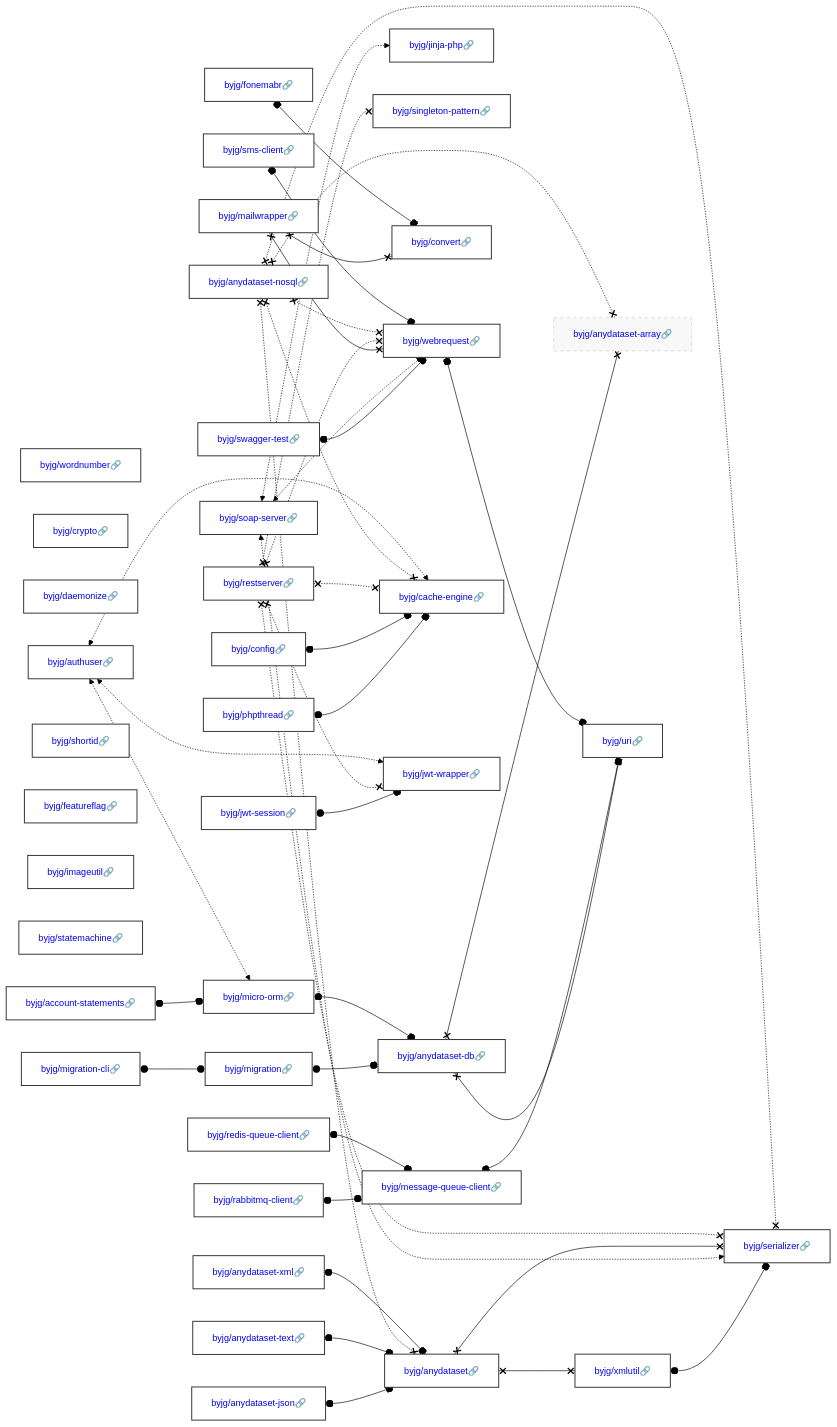
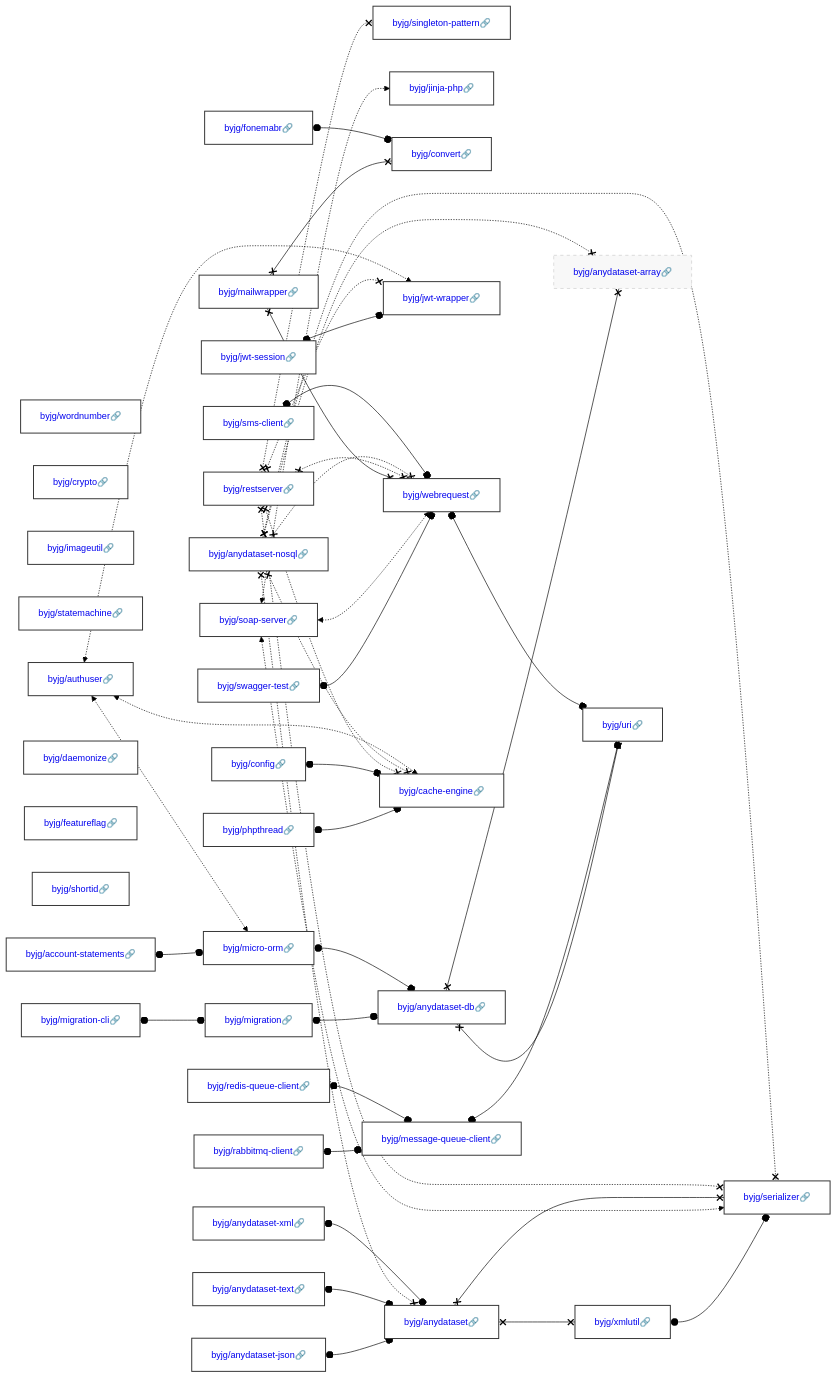
The diagram in docs/php/README.md (byjg/byjg.github.io), drawn with Mermaid (forest theme) before and after one commit. The commit also changed other lines of this file and 2 other files, not shown here.

Commit message:
Update documentation 'php' 'php-uri'

````diff
--- a/docs/php/README.md
+++ b/docs/php/README.md
@@ -3,40 +3,40 @@
 ```mermaid
 graph LR;
-  byjg/redis-queue-client[<a href='https://opensource.byjg.com/docs/php/redis-queue-client' style='text-decoration:none'>byjg/redis-queue-client🔗</a>];
-  byjg/fonemabr[<a href='https://opensource.byjg.com/docs/php/fonemabr' style='text-decoration:none'>byjg/fonemabr🔗</a>];
-  byjg/rabbitmq-client[<a href='https://opensource.byjg.com/docs/php/rabbitmq-client' style='text-decoration:none'>byjg/rabbitmq-client🔗</a>];
-  byjg/soap-server[<a href='https://opensource.byjg.com/docs/php/soap-server' style='text-decoration:none'>byjg/soap-server🔗</a>];
-  byjg/anydataset-xml[<a href='https://opensource.byjg.com/docs/php/anydataset-xml' style='text-decoration:none'>byjg/anydataset-xml🔗</a>];
-  byjg/phpthread[<a href='https://opensource.byjg.com/docs/php/phpthread' style='text-decoration:none'>byjg/phpthread🔗</a>];
   byjg/wordnumber[<a href='https://opensource.byjg.com/docs/php/wordnumber' style='text-decoration:none'>byjg/wordnumber🔗</a>];
-  byjg/crypto[<a href='https://opensource.byjg.com/docs/php/crypto' style='text-decoration:none'>byjg/crypto🔗</a>];
   byjg/restserver[<a href='https://opensource.byjg.com/docs/php/restserver' style='text-decoration:none'>byjg/restserver🔗</a>];
   byjg/anydataset-nosql[<a href='https://opensource.byjg.com/docs/php/anydataset-nosql' style='text-decoration:none'>byjg/anydataset-nosql🔗</a>];
   byjg/anydataset-json[<a href='https://opensource.byjg.com/docs/php/anydataset-json' style='text-decoration:none'>byjg/anydataset-json🔗</a>];
+  byjg/crypto[<a href='https://opensource.byjg.com/docs/php/crypto' style='text-decoration:none'>byjg/crypto🔗</a>];
+  byjg/anydataset-text[<a href='https://opensource.byjg.com/docs/php/anydataset-text' style='text-decoration:none'>byjg/anydataset-text🔗</a>];
+  byjg/imageutil[<a href='https://opensource.byjg.com/docs/php/imageutil' style='text-decoration:none'>byjg/imageutil🔗</a>];
+  byjg/sms-client[<a href='https://opensource.byjg.com/docs/php/sms-client' style='text-decoration:none'>byjg/sms-client🔗</a>];
+  byjg/soap-server[<a href='https://opensource.byjg.com/docs/php/soap-server' style='text-decoration:none'>byjg/soap-server🔗</a>];
+  byjg/fonemabr[<a href='https://opensource.byjg.com/docs/php/fonemabr' style='text-decoration:none'>byjg/fonemabr🔗</a>];
+  byjg/statemachine[<a href='https://opensource.byjg.com/docs/php/statemachine' style='text-decoration:none'>byjg/statemachine🔗</a>];
+  byjg/account-statements[<a href='https://opensource.byjg.com/docs/php/account-statements' style='text-decoration:none'>byjg/account-statements🔗</a>];
+  byjg/mailwrapper[<a href='https://opensource.byjg.com/docs/php/mailwrapper' style='text-decoration:none'>byjg/mailwrapper🔗</a>];
+  byjg/phpthread[<a href='https://opensource.byjg.com/docs/php/phpthread' style='text-decoration:none'>byjg/phpthread🔗</a>];
   byjg/daemonize[<a href='https://opensource.byjg.com/docs/php/daemonize' style='text-decoration:none'>byjg/daemonize🔗</a>];
-  byjg/jwt-session[<a href='https://opensource.byjg.com/docs/php/jwt-session' style='text-decoration:none'>byjg/jwt-session🔗</a>];
-  byjg/migration-cli[<a href='https://opensource.byjg.com/docs/php/migration-cli' style='text-decoration:none'>byjg/migration-cli🔗</a>];
+  byjg/featureflag[<a href='https://opensource.byjg.com/docs/php/featureflag' style='text-decoration:none'>byjg/featureflag🔗</a>];
   byjg/swagger-test[<a href='https://opensource.byjg.com/docs/php/swagger-test' style='text-decoration:none'>byjg/swagger-test🔗</a>];
   byjg/shortid[<a href='https://opensource.byjg.com/docs/php/shortid' style='text-decoration:none'>byjg/shortid🔗</a>];
-  byjg/featureflag[<a href='https://opensource.byjg.com/docs/php/featureflag' style='text-decoration:none'>byjg/featureflag🔗</a>];
-  byjg/sms-client[<a href='https://opensource.byjg.com/docs/php/sms-client' style='text-decoration:none'>byjg/sms-client🔗</a>];
-  byjg/imageutil[<a href='https://opensource.byjg.com/docs/php/imageutil' style='text-decoration:none'>byjg/imageutil🔗</a>];
-  byjg/anydataset-text[<a href='https://opensource.byjg.com/docs/php/anydataset-text' style='text-decoration:none'>byjg/anydataset-text🔗</a>];
-  byjg/statemachine[<a href='https://opensource.byjg.com/docs/php/statemachine' style='text-decoration:none'>byjg/statemachine🔗</a>];
+  byjg/migration-cli[<a href='https://opensource.byjg.com/docs/php/migration-cli' style='text-decoration:none'>byjg/migration-cli🔗</a>];
+  byjg/rabbitmq-client[<a href='https://opensource.byjg.com/docs/php/rabbitmq-client' style='text-decoration:none'>byjg/rabbitmq-client🔗</a>];
+  byjg/anydataset-xml[<a href='https://opensource.byjg.com/docs/php/anydataset-xml' style='text-decoration:none'>byjg/anydataset-xml🔗</a>];
+  byjg/authuser[<a href='https://opensource.byjg.com/docs/php/authuser' style='text-decoration:none'>byjg/authuser🔗</a>];
+  byjg/jwt-session[<a href='https://opensource.byjg.com/docs/php/jwt-session' style='text-decoration:none'>byjg/jwt-session🔗</a>];
+  byjg/redis-queue-client[<a href='https://opensource.byjg.com/docs/php/redis-queue-client' style='text-decoration:none'>byjg/redis-queue-client🔗</a>];
   byjg/config[<a href='https://opensource.byjg.com/docs/php/config' style='text-decoration:none'>byjg/config🔗</a>];
-  byjg/account-statements[<a href='https://opensource.byjg.com/docs/php/account-statements' style='text-decoration:none'>byjg/account-statements🔗</a>];
-  byjg/mailwrapper[<a href='https://opensource.byjg.com/docs/php/mailwrapper' style='text-decoration:none'>byjg/mailwrapper🔗</a>];
-  byjg/authuser[<a href='https://opensource.byjg.com/docs/php/authuser' style='text-decoration:none'>byjg/authuser🔗</a>];
-  byjg/message-queue-client[<a href='https://opensource.byjg.com/docs/php/message-queue-client' style='text-decoration:none'>byjg/message-queue-client🔗</a>];
+  byjg/singleton-pattern[<a href='https://opensource.byjg.com/docs/php/singleton-pattern' style='text-decoration:none'>byjg/singleton-pattern🔗</a>];
   byjg/jinja-php[<a href='https://opensource.byjg.com/docs/php/jinja-php' style='text-decoration:none'>byjg/jinja-php🔗</a>];
-  byjg/singleton-pattern[<a href='https://opensource.byjg.com/docs/php/singleton-pattern' style='text-decoration:none'>byjg/singleton-pattern🔗</a>];
+  byjg/convert[<a href='https://opensource.byjg.com/docs/php/convert' style='text-decoration:none'>byjg/convert🔗</a>];
+  byjg/webrequest[<a href='https://opensource.byjg.com/docs/php/webrequest' style='text-decoration:none'>byjg/webrequest🔗</a>];
   byjg/migration[<a href='https://opensource.byjg.com/docs/php/migration' style='text-decoration:none'>byjg/migration🔗</a>];
   byjg/anydataset[<a href='https://opensource.byjg.com/docs/php/anydataset' style='text-decoration:none'>byjg/anydataset🔗</a>];
-  byjg/convert[<a href='https://opensource.byjg.com/docs/php/convert' style='text-decoration:none'>byjg/convert🔗</a>];
-  byjg/webrequest[<a href='https://opensource.byjg.com/docs/php/webrequest' style='text-decoration:none'>byjg/webrequest🔗</a>];
   byjg/micro-orm[<a href='https://opensource.byjg.com/docs/php/micro-orm' style='text-decoration:none'>byjg/micro-orm🔗</a>];
+  byjg/jwt-wrapper[<a href='https://opensource.byjg.com/docs/php/jwt-wrapper' style='text-decoration:none'>byjg/jwt-wrapper🔗</a>];
+  byjg/message-queue-client[<a href='https://opensource.byjg.com/docs/php/message-queue-client' style='text-decoration:none'>byjg/message-queue-client🔗</a>];
   byjg/cache-engine[<a href='https://opensource.byjg.com/docs/php/cache-engine' style='text-decoration:none'>byjg/cache-engine🔗</a>];
-  byjg/jwt-wrapper[<a href='https://opensource.byjg.com/docs/php/jwt-wrapper' style='text-decoration:none'>byjg/jwt-wrapper🔗</a>];
   byjg/xmlutil[<a href='https://opensource.byjg.com/docs/php/xmlutil' style='text-decoration:none'>byjg/xmlutil🔗</a>];
   byjg/anydataset-db[<a href='https://opensource.byjg.com/docs/php/anydataset-db' style='text-decoration:none'>byjg/anydataset-db🔗</a>];
   byjg/serializer[<a href='https://opensource.byjg.com/docs/php/serializer' style='text-decoration:none'>byjg/serializer🔗</a>];
````
